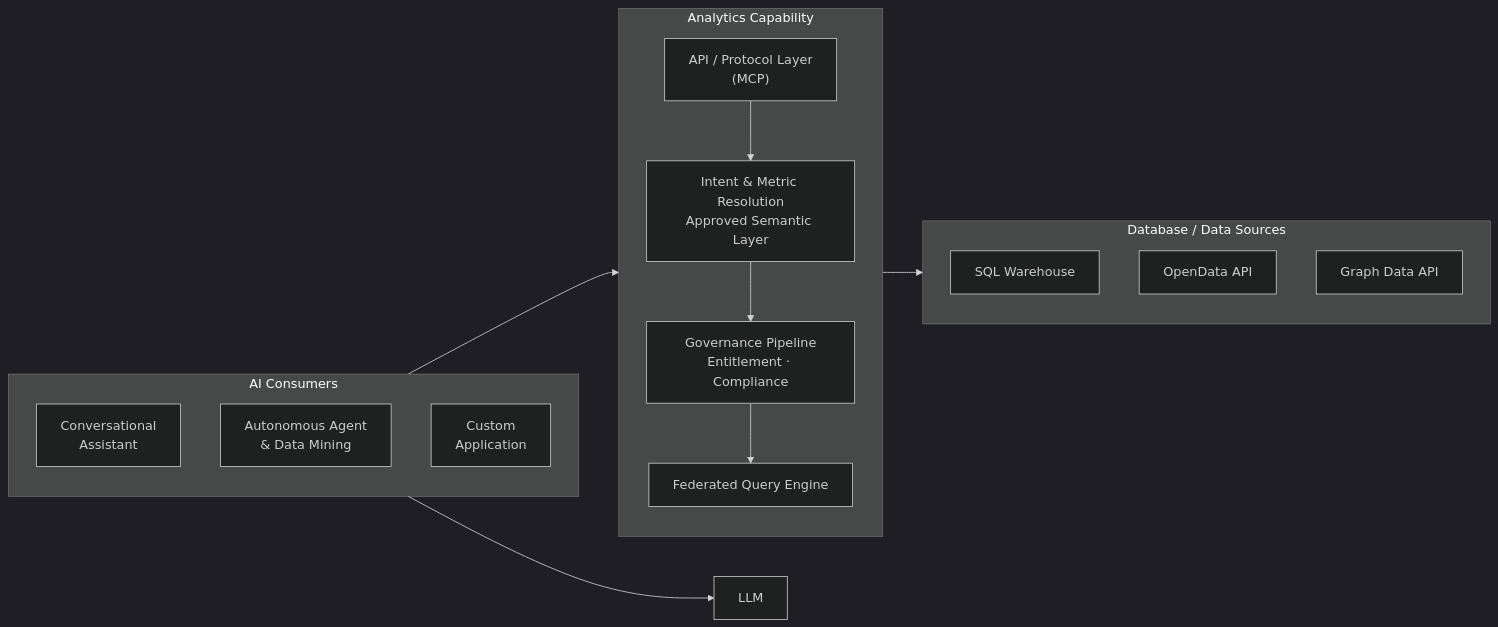
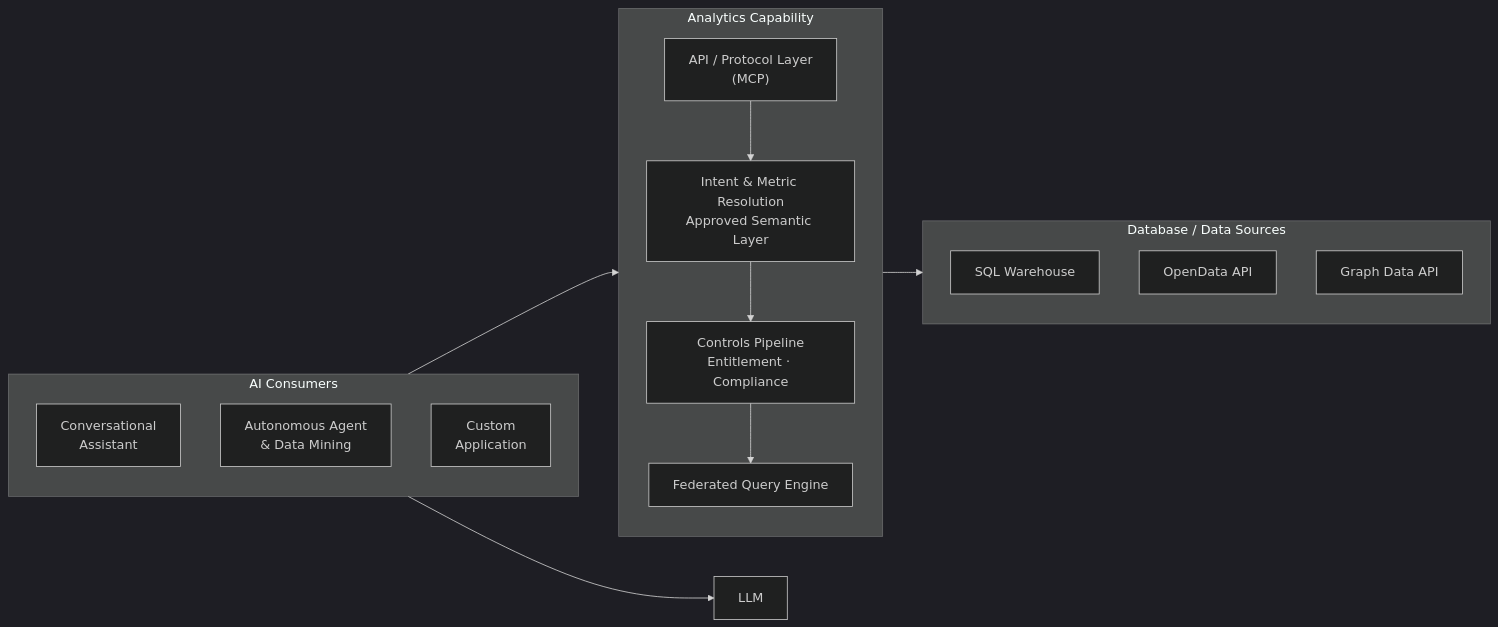
Before and after one commit to M-A-Operating-System/shared-work: the second of 2 diagrams in docs/product/analytics/00-overview.md, drawn with Mermaid (dark theme). The commit also changed other lines of this file and 8 other files, not shown here.

First line of the commit message:
Rebrand SEG→SCL, governance→controls, cost→performance impact

````diff
--- a/docs/product/analytics/00-overview.md
+++ b/docs/product/analytics/00-overview.md
@@ -134,29 +134,29 @@
 ```mermaid
 flowchart LR
     subgraph clients["AI Consumers"]
         direction TB
         C1["Conversational\nAssistant"]
         C2["Autonomous Agent\n& Data Mining"]
         C3["Custom\nApplication"]
     end
     L["LLM"]
     subgraph platform["Analytics Capability"]
         direction TB
        M["API / Protocol Layer\n(MCP)"]
         P1["Intent & Metric Resolution\nApproved Semantic Layer"]
-        P2["Governance Pipeline\nEntitlement · Compliance"]
+        P2["Controls Pipeline\nEntitlement · Compliance"]
         P3["Federated Query Engine"]
     end
     subgraph data["Database / Data Sources"]
         direction TB
         D1["SQL Warehouse"]
         D2["OpenData API"]
         D3["Graph Data API"]
     end
     clients --> platform
     clients --> L
     M --> P1
     P1 --> P2
     P2 --> P3
     platform --> data
 ```
````
